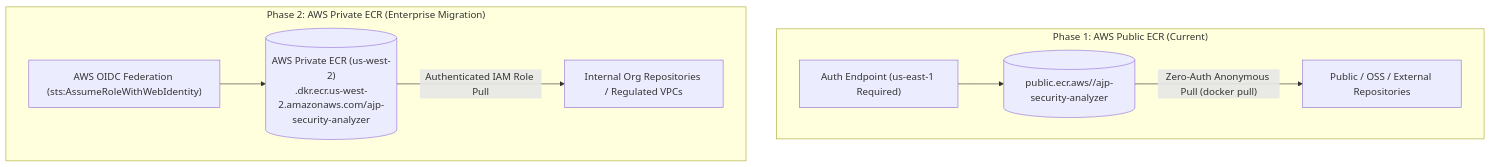
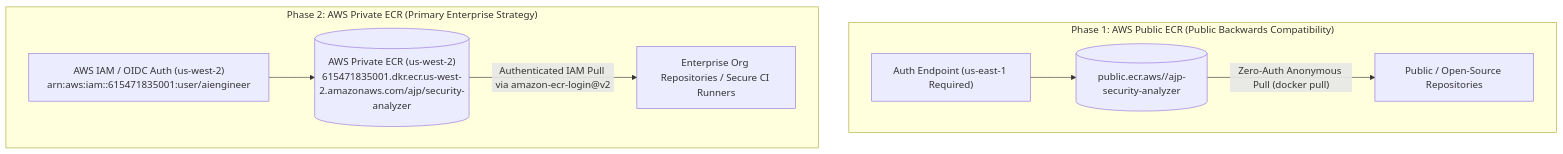
The fourth of 6 diagrams in docs/specs/docker-gha-integration.md (ajponte/security-analyzer), drawn with Mermaid before and after one commit. The commit also changed other lines of this file and 7 other files, not shown here.

````diff
--- a/docs/specs/docker-gha-integration.md
+++ b/docs/specs/docker-gha-integration.md
@@ -341,20 +341,20 @@
 ```mermaid
 flowchart TB
-    subgraph Registry_Phase1 ["Phase 1: AWS Public ECR (Current)"]
+    subgraph Registry_Phase1 ["Phase 1: AWS Public ECR (Public Backwards Compatibility)"]
         PublicAuth["Auth Endpoint (us-east-1 Required)"]
         PublicURI[("public.ecr.aws/<alias>/ajp-security-analyzer")]
-        PublicConsumers["Public / OSS / External Repositories"]
+        PublicConsumers["Public / Open-Source Repositories"]
 
         PublicAuth --> PublicURI
         PublicURI -->|"Zero-Auth Anonymous Pull (docker pull)"| PublicConsumers
     end
 
-    subgraph Registry_Phase2 ["Phase 2: AWS Private ECR (Enterprise Migration)"]
-        PrivateAuth["AWS OIDC Federation (sts:AssumeRoleWithWebIdentity)"]
-        PrivateURI[("AWS Private ECR (us-west-2)<br/><account-id>.dkr.ecr.us-west-2.amazonaws.com/ajp-security-analyzer")]
-        PrivateConsumers["Internal Org Repositories / Regulated VPCs"]
+    subgraph Registry_Phase2 ["Phase 2: AWS Private ECR (Primary Enterprise Strategy)"]
+        PrivateAuth["AWS IAM / OIDC Auth (us-west-2)<br/>arn:aws:iam::615471835001:user/aiengineer"]
+        PrivateURI[("AWS Private ECR (us-west-2)<br/>615471835001.dkr.ecr.us-west-2.amazonaws.com/ajp/security-analyzer")]
+        PrivateConsumers["Enterprise Org Repositories / Secure CI Runners"]
 
         PrivateAuth --> PrivateURI
-        PrivateURI -->|"Authenticated IAM Role Pull"| PrivateConsumers
+        PrivateURI -->|"Authenticated IAM Pull via amazon-ecr-login@v2"| PrivateConsumers
     end
 ```
````
